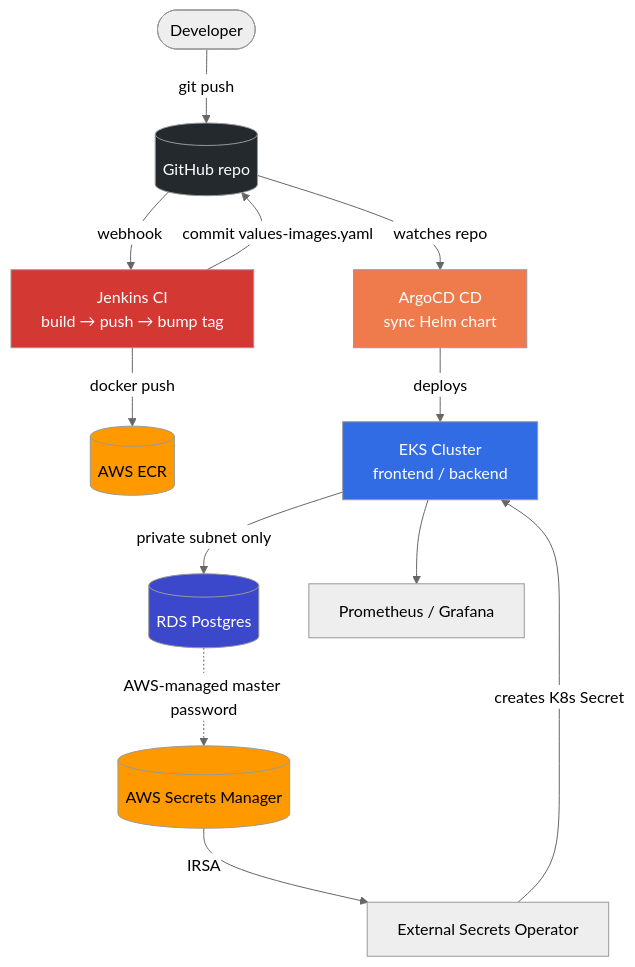
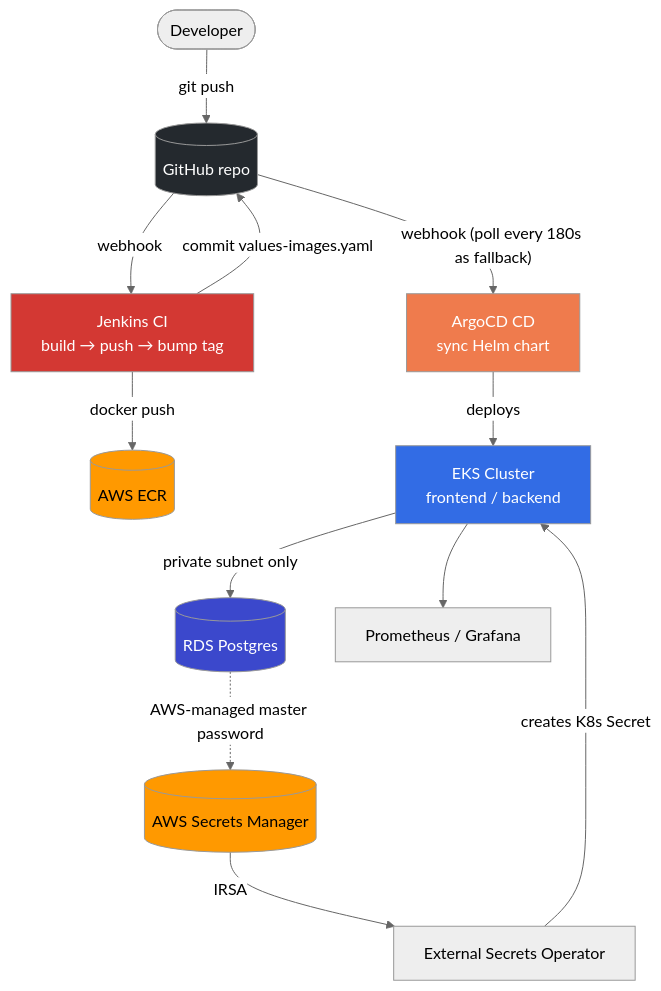
Before and after one commit to Ben-Sh7/aws-eks-cicd-pipeline: the first of 2 diagrams in HLD.md, drawn with Mermaid (neutral theme). The commit also changed other lines of this file and 8 other files, not shown here.

````diff
--- a/HLD.md
+++ b/HLD.md
@@ -5,22 +5,22 @@
 ```mermaid
 flowchart TD
     Dev([Developer]) -->|git push| GH[(GitHub repo)]
     GH -->|webhook| JK["Jenkins CI<br/>build → push → bump tag"]
     JK -->|docker push| ECR[(AWS ECR)]
     JK -->|commit values-images.yaml| GH
-    GH -->|watches repo| ARGO["ArgoCD CD<br/>sync Helm chart"]
+    GH -->|"webhook (poll every 180s as fallback)"| ARGO["ArgoCD CD<br/>sync Helm chart"]
     ARGO -->|deploys| EKS["EKS Cluster<br/>frontend / backend"]
     EKS -->|private subnet only| RDS[(RDS Postgres)]
     ASM[(AWS Secrets Manager)] -->|IRSA| ESO[External Secrets Operator]
     ESO -->|creates K8s Secret| EKS
     RDS -.->|AWS-managed master password| ASM
     EKS --> MON[Prometheus / Grafana]
 
     style GH fill:#24292e,color:#fff
     style ECR fill:#ff9900,color:#000
     style ASM fill:#ff9900,color:#000
     style RDS fill:#3b48cc,color:#fff
     style EKS fill:#326ce5,color:#fff
     style ARGO fill:#ef7b4d,color:#fff
     style JK fill:#d33833,color:#fff
 ```
````
